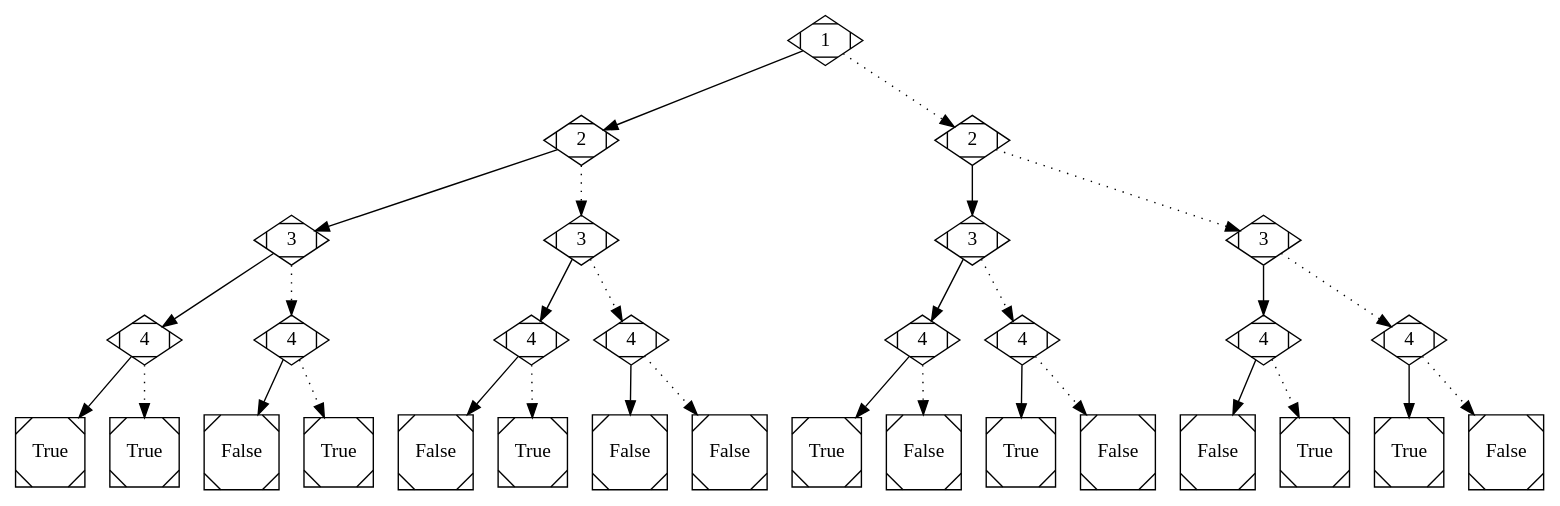
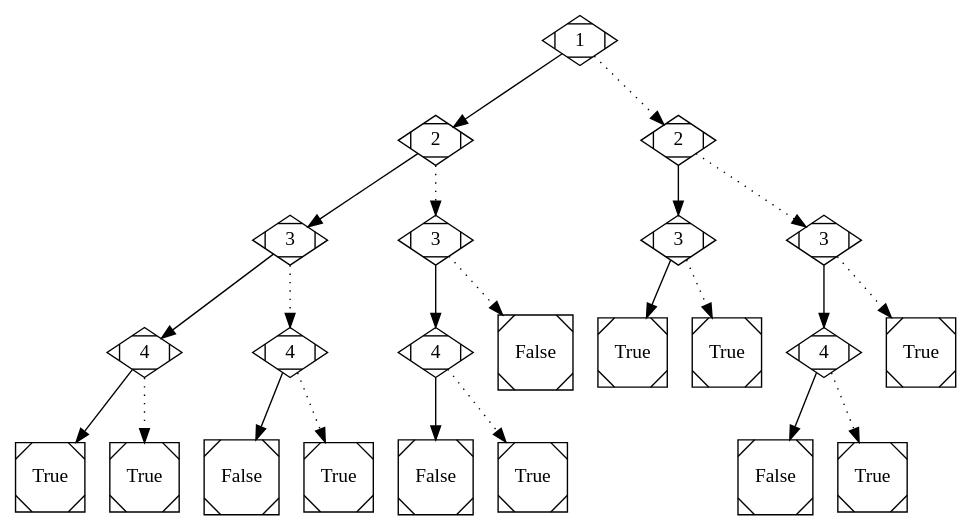
The diagram in test2.dot (Freecs11/ouv_project), drawn with Graphviz before and after one commit. The commit also changed 2 other files, not shown here.

```diff
--- a/test2.dot
+++ b/test2.dot
@@ -1,63 +1,47 @@
 digraph G {
-n0 [label="1", shape=Mdiamond];
-n1 [label="2", shape=Mdiamond];
-n2 [label="3", shape=Mdiamond];
-n3 [label="4", shape=Mdiamond];
+n22 [label="1", shape=Mdiamond];
+n12 [label="2", shape=Mdiamond];
+n6 [label="3", shape=Mdiamond];
+n2 [label="4", shape=Mdiamond];
+n0 [label="True", shape=Msquare];
+n1 [label="True", shape=Msquare];
+n2 -> n0;
+n2 -> n1 [style=dotted];
+n5 [label="4", shape=Mdiamond];
+n3 [label="False", shape=Msquare];
 n4 [label="True", shape=Msquare];
-n5 [label="True", shape=Msquare];
-n3 -> n4;
-n3 -> n5 [style=dotted];
-n6 [label="4", shape=Mdiamond];
+n5 -> n3;
+n5 -> n4 [style=dotted];
+n6 -> n2;
+n6 -> n5 [style=dotted];
+n11 [label="3", shape=Mdiamond];
+n9 [label="4", shape=Mdiamond];
 n7 [label="False", shape=Msquare];
 n8 [label="True", shape=Msquare];
-n6 -> n7;
-n6 -> n8 [style=dotted];
-n2 -> n3;
-n2 -> n6 [style=dotted];
-n9 [label="3", shape=Mdiamond];
-n10 [label="4", shape=Mdiamond];
-n11 [label="False", shape=Msquare];
-n12 [label="True", shape=Msquare];
-n10 -> n11;
-n10 -> n12 [style=dotted];
-n13 [label="4", shape=Mdiamond];
-n14 [label="False", shape=Msquare];
-n15 [label="False", shape=Msquare];
-n13 -> n14;
-n13 -> n15 [style=dotted];
-n9 -> n10;
-n9 -> n13 [style=dotted];
-n1 -> n2;
-n1 -> n9 [style=dotted];
-n16 [label="2", shape=Mdiamond];
-n17 [label="3", shape=Mdiamond];
+n9 -> n7;
+n9 -> n8 [style=dotted];
+n10 [label="False", shape=Msquare];
+n11 -> n9;
+n11 -> n10 [style=dotted];
+n12 -> n6;
+n12 -> n11 [style=dotted];
+n21 [label="2", shape=Mdiamond];
+n15 [label="3", shape=Mdiamond];
+n13 [label="True", shape=Msquare];
+n14 [label="True", shape=Msquare];
+n15 -> n13;
+n15 -> n14 [style=dotted];
+n20 [label="3", shape=Mdiamond];
 n18 [label="4", shape=Mdiamond];
+n16 [label="False", shape=Msquare];
+n17 [label="True", shape=Msquare];
+n18 -> n16;
+n18 -> n17 [style=dotted];
 n19 [label="True", shape=Msquare];
-n20 [label="False", shape=Msquare];
-n18 -> n19;
-n18 -> n20 [style=dotted];
-n21 [label="4", shape=Mdiamond];
-n22 [label="True", shape=Msquare];
-n23 [label="False", shape=Msquare];
-n21 -> n22;
-n21 -> n23 [style=dotted];
-n17 -> n18;
-n17 -> n21 [style=dotted];
-n24 [label="3", shape=Mdiamond];
-n25 [label="4", shape=Mdiamond];
-n26 [label="False", shape=Msquare];
-n27 [label="True", shape=Msquare];
-n25 -> n26;
-n25 -> n27 [style=dotted];
-n28 [label="4", shape=Mdiamond];
-n29 [label="True", shape=Msquare];
-n30 [label="False", shape=Msquare];
-n28 -> n29;
-n28 -> n30 [style=dotted];
-n24 -> n25;
-n24 -> n28 [style=dotted];
-n16 -> n17;
-n16 -> n24 [style=dotted];
-n0 -> n1;
-n0 -> n16 [style=dotted];
+n20 -> n18;
+n20 -> n19 [style=dotted];
+n21 -> n15;
+n21 -> n20 [style=dotted];
+n22 -> n12;
+n22 -> n21 [style=dotted];
 }
```
